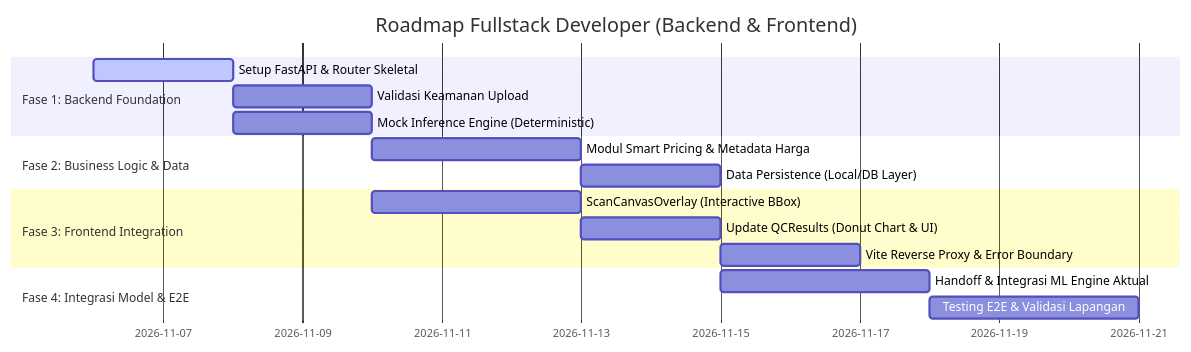
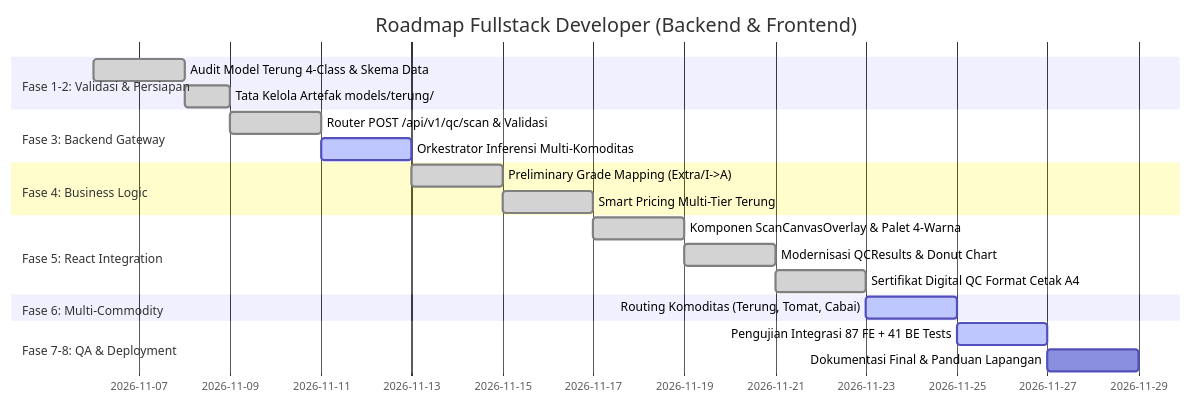
One commit to rizitakanashi-dev/steampreneur-agri-sort-ai changed the second of 2 diagrams in docs/rencana-kerja-fullstack.md. Above: the diagram before and after it, drawn with Mermaid. The commit also changed other lines of this file and 3 other files, not shown here.

Commit message:
dokumen: perbarui rencana kerja dan alur sistem sesuai model terung 4-kelas

````diff
--- a/docs/rencana-kerja-fullstack.md
+++ b/docs/rencana-kerja-fullstack.md
@@ -219,19 +196,23 @@
 ```mermaid
 gantt
     title Roadmap Fullstack Developer (Backend & Frontend)
     dateFormat  YYYY-MM-DD
-    section Fase 1: Backend Foundation
-    Setup FastAPI & Router Skeletal      :active, fs1, 2026-11-06, 2d
-    Validasi Keamanan Upload             :fs2, after fs1, 2d
-    Mock Inference Engine (Deterministic):fs3, after fs1, 2d
-    section Fase 2: Business Logic & Data
-    Modul Smart Pricing & Metadata Harga :fs4, after fs2, 3d
-    Data Persistence (Local/DB Layer)    :fs5, after fs4, 2d
-    section Fase 3: Frontend Integration
-    ScanCanvasOverlay (Interactive BBox) :fs6, after fs3, 3d
-    Update QCResults (Donut Chart & UI)  :fs7, after fs6, 2d
-    Vite Reverse Proxy & Error Boundary  :fs8, after fs7, 2d
-    section Fase 4: Integrasi Model & E2E
-    Handoff & Integrasi ML Engine Aktual :fs9, after fs5, 3d
-    Testing E2E & Validasi Lapangan      :fs10, after fs9, 3d
+    section Fase 1-2: Validasi & Persiapan
+    Audit Model Terung 4-Class & Skema Data  :done, f1, 2026-11-06, 2d
+    Tata Kelola Artefak models/terung/       :done, f2, after f1, 1d
+    section Fase 3: Backend Gateway
+    Router POST /api/v1/qc/scan & Validasi   :done, f3, after f2, 2d
+    Orkestrator Inferensi Multi-Komoditas    :active, f4, after f3, 2d
+    section Fase 4: Business Logic
+    Preliminary Grade Mapping (Extra/I->A)   :done, f5, after f4, 2d
+    Smart Pricing Multi-Tier Terung          :done, f6, after f5, 2d
+    section Fase 5: React Integration
+    Komponen ScanCanvasOverlay & Palet 4-Warna :done, f7, after f6, 2d
+    Modernisasi QCResults & Donut Chart      :done, f8, after f7, 2d
+    Sertifikat Digital QC Format Cetak A4    :done, f9, after f8, 2d
+    section Fase 6: Multi-Commodity
+    Routing Komoditas (Terung, Tomat, Cabai) :active, f10, after f9, 2d
+    section Fase 7-8: QA & Deployment
+    Pengujian Integrasi 87 FE + 41 BE Tests  :active, f11, after f10, 2d
+    Dokumentasi Final & Panduan Lapangan     :f12, after f11, 2d
 ```
````
